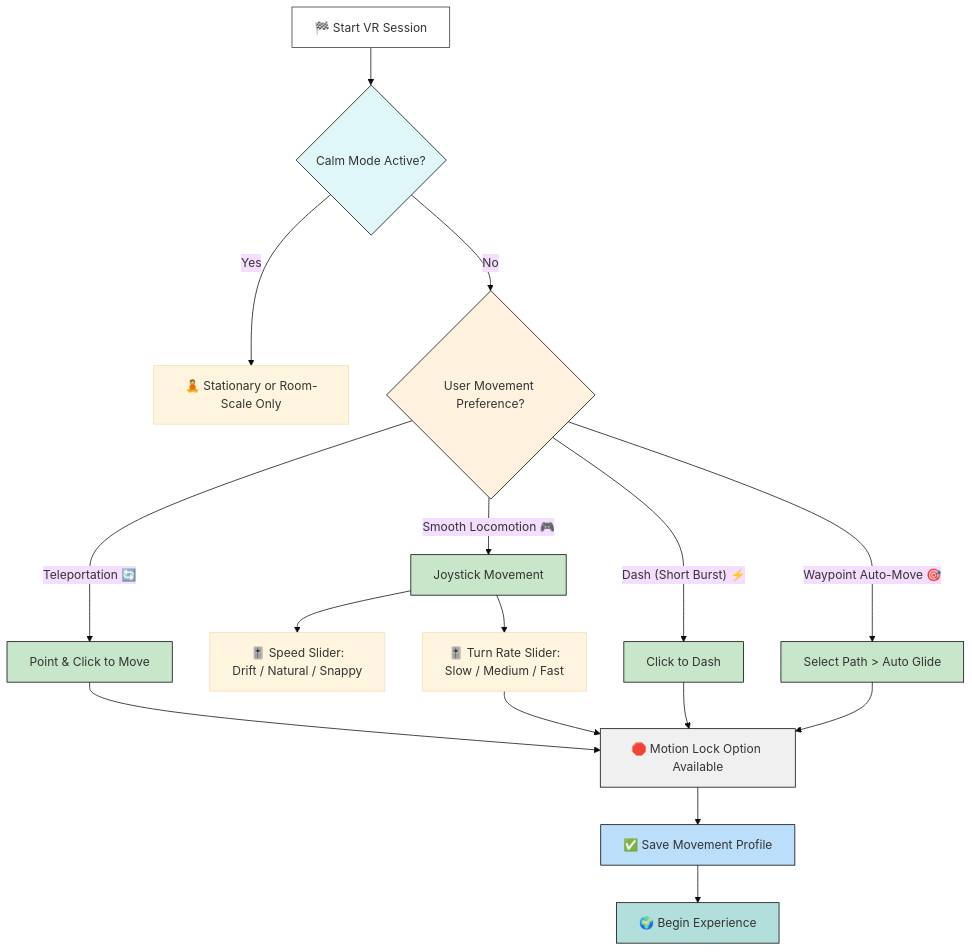
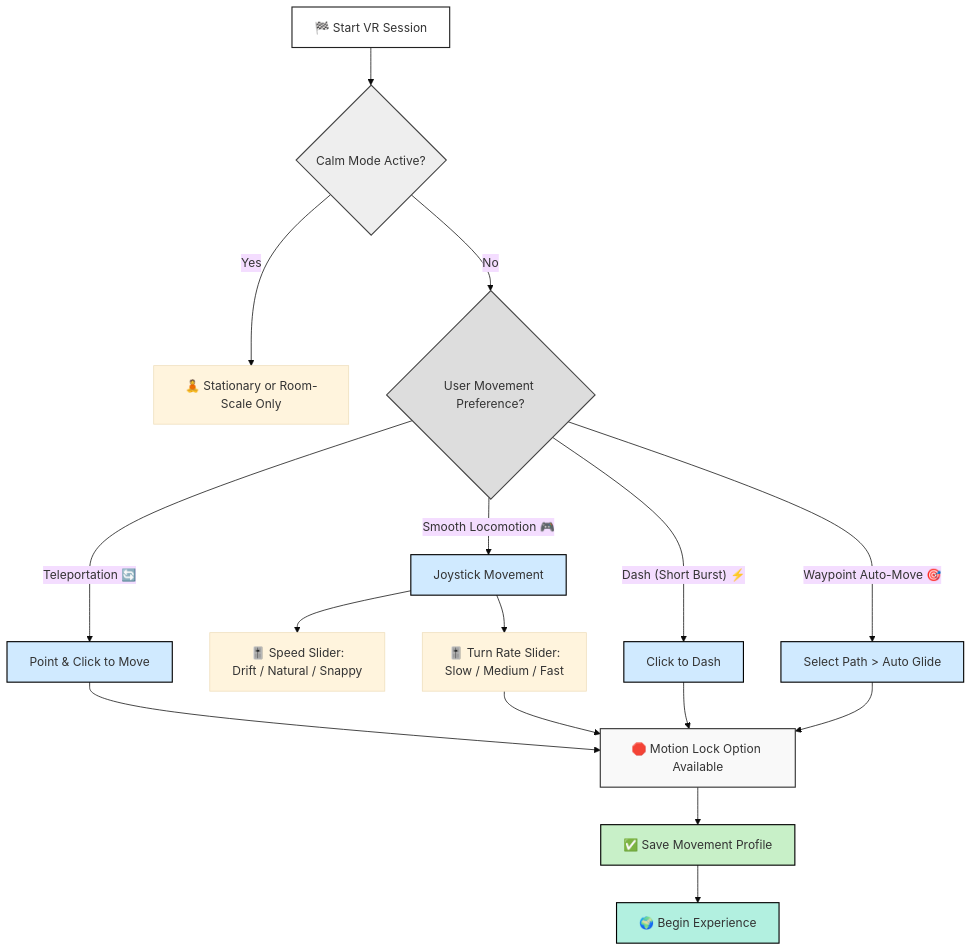
One commit to ZippyGorilla/NeuroverseG2 changed the second of 3 diagrams in README.md. Above: the diagram before and after it, drawn with Mermaid (base theme).

````diff
--- a/README.md
+++ b/README.md
@@ -54,36 +54,36 @@
 ```mermaid
 flowchart TD
     A[🏁 Start VR Session] --> B{Calm Mode Active?}
 
     B -- Yes --> C[🧘 Stationary or Room-Scale Only]
     B -- No --> D{User Movement Preference?}
 
     D -- "Teleportation 🔄" --> E[Point & Click to Move]
     D -- "Smooth Locomotion 🎮" --> F[Joystick Movement]
 
     F --> F1[🎚️ Speed Slider:\nDrift / Natural / Snappy]
     F --> F2[🎚️ Turn Rate Slider:\nSlow / Medium / Fast]
 
     D -- "Dash (Short Burst) ⚡" --> G[Click to Dash]
 
     D -- "Waypoint Auto-Move 🎯" --> H[Select Path > Auto Glide]
 
     E --> I[🛑 Motion Lock Option Available]
     F2 --> I
     G --> I
     H --> I
 
     I --> J[✅ Save Movement Profile]
     J --> K[🌍 Begin Experience]
 
-    style A fill:#ffffff,stroke:#333
-    style B fill:#e0f7fa,stroke:#000
-    style D fill:#fff3e0,stroke:#000
-    style E fill:#c8e6c9,stroke:#000
-    style F fill:#c8e6c9,stroke:#000
-    style G fill:#c8e6c9,stroke:#000
-    style H fill:#c8e6c9,stroke:#000
-    style I fill:#f0f0f0,stroke:#000
-    style J fill:#bbdefb,stroke:#000
-    style K fill:#b2dfdb,stroke:#000
+    style A fill:#ffffff,stroke:#222222,stroke-width:1.5px
+    style B fill:#eeeeee,stroke:#444444,stroke-width:1.5px
+    style D fill:#dddddd,stroke:#444444,stroke-width:1.5px
+    style E fill:#d0eaff,stroke:#000000,stroke-width:1.5px
+    style F fill:#d0eaff,stroke:#000000,stroke-width:1.5px
+    style G fill:#d0eaff,stroke:#000000,stroke-width:1.5px
+    style H fill:#d0eaff,stroke:#000000,stroke-width:1.5px
+    style I fill:#f9f9f9,stroke:#333333,stroke-width:1.5px
+    style J fill:#c8f0c8,stroke:#000000,stroke-width:1.5px
+    style K fill:#b2f0e0,stroke:#000000,stroke-width:1.5px
 ```
````
